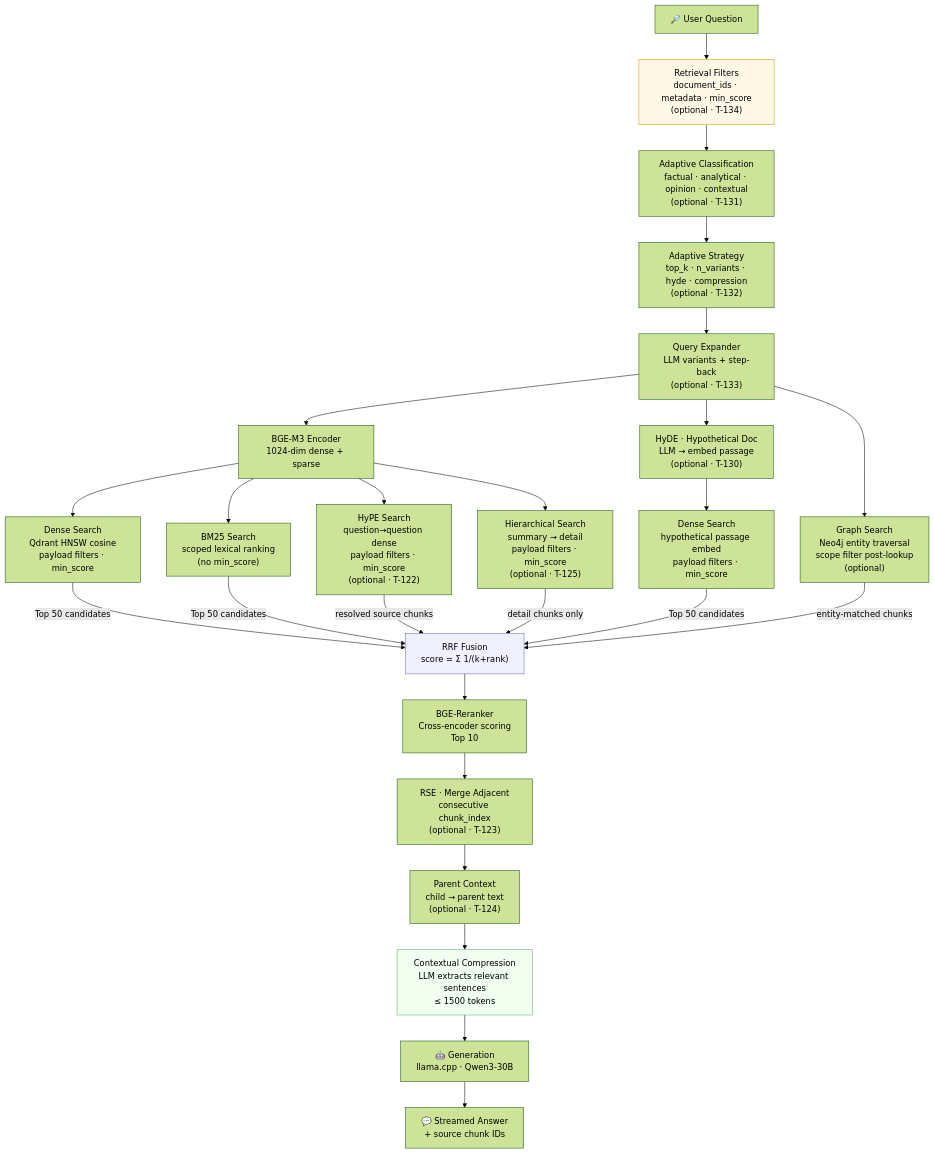
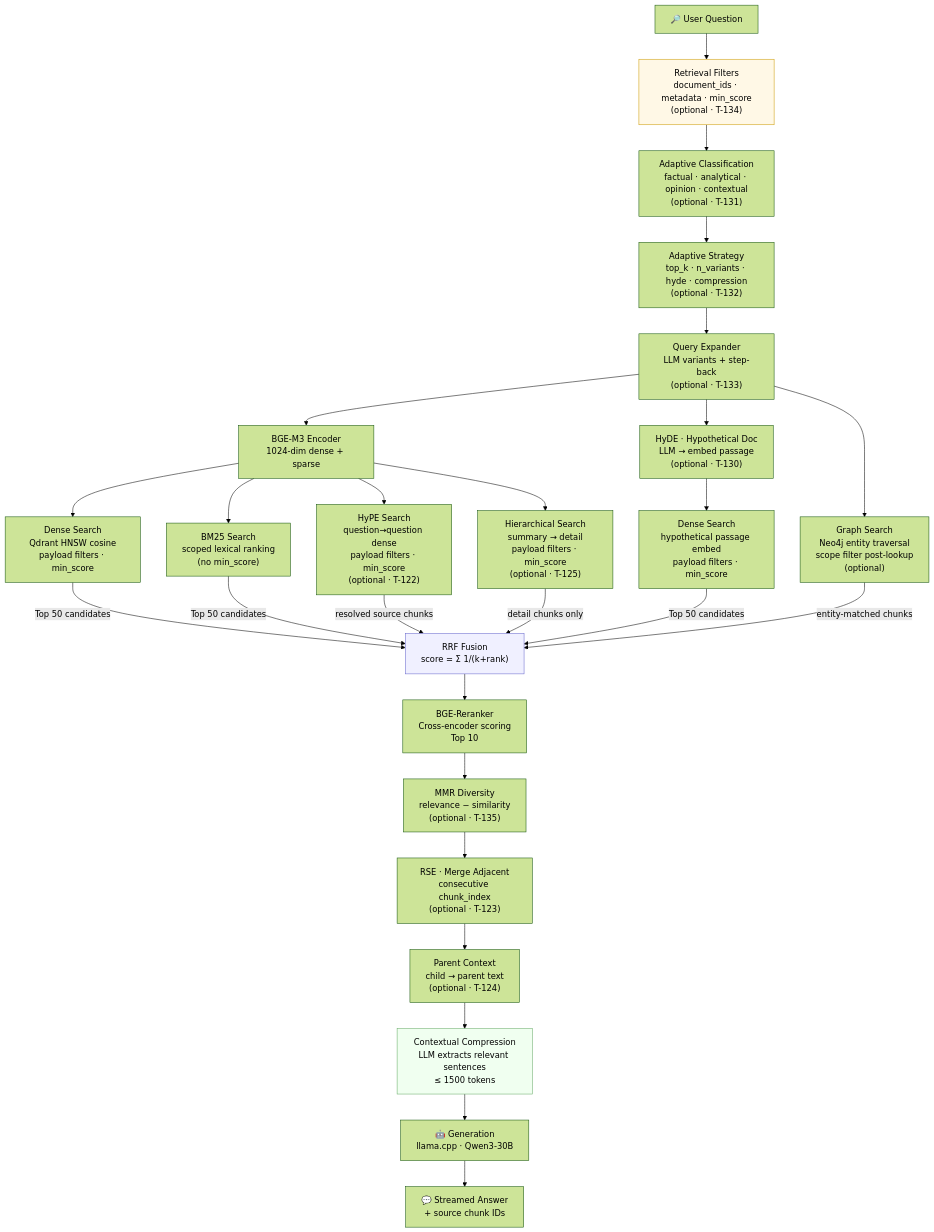
One commit to ealbertoav/rag_platform changed the seventh of 10 diagrams in README.md. Above: the diagram before and after it, drawn with Mermaid (forest theme). The commit also changed other lines of this file and 12 other files, not shown here.

First line of the commit message:
feat: add MMR diversity retrieval for enhanced chunk re-ranking

````diff
--- a/README.md
+++ b/README.md
@@ -1276,34 +1286,35 @@
 ```mermaid
 flowchart TD
     Q["🔎 User Question"] --> FILT["Retrieval Filters<br/>document_ids · metadata · min_score<br/>(optional · T-134)"]
     FILT --> ADAPT["Adaptive Classification<br/>factual · analytical · opinion · contextual<br/>(optional · T-131)"]
     ADAPT --> STRAT["Adaptive Strategy<br/>top_k · n_variants · hyde · compression<br/>(optional · T-132)"]
     STRAT --> QE["Query Expander<br/>LLM variants + step-back<br/>(optional · T-133)"]
     QE --> EMB["BGE-M3 Encoder<br/>1024-dim dense + sparse"]
     QE --> HYDE["HyDE · Hypothetical Doc<br/>LLM → embed passage<br/>(optional · T-130)"]
 
     EMB --> DS["Dense Search<br/>Qdrant HNSW cosine<br/>payload filters · min_score"]
     HYDE --> DS2["Dense Search<br/>hypothetical passage embed<br/>payload filters · min_score"]
     EMB --> BS["BM25 Search<br/>scoped lexical ranking<br/>(no min_score)"]
     EMB --> HS["HyPE Search<br/>question→question dense<br/>payload filters · min_score<br/>(optional · T-122)"]
     EMB --> HRS["Hierarchical Search<br/>summary → detail<br/>payload filters · min_score<br/>(optional · T-125)"]
     QE --> GS["Graph Search<br/>Neo4j entity traversal<br/>scope filter post-lookup<br/>(optional)"]
 
     DS -->|Top 50 candidates| RRF["RRF Fusion<br/>score = Σ 1/(k+rank)"]
     DS2 -->|Top 50 candidates| RRF
     BS -->|Top 50 candidates| RRF
     HS -->|resolved source chunks| RRF
     HRS -->|detail chunks only| RRF
     GS -->|entity-matched chunks| RRF
 
     RRF --> RR["BGE-Reranker<br/>Cross-encoder scoring<br/>Top 10"]
-    RR --> RSE["RSE · Merge Adjacent<br/>consecutive chunk_index<br/>(optional · T-123)"]
+    RR --> MMR["MMR Diversity<br/>relevance − similarity<br/>(optional · T-135)"]
+    MMR --> RSE["RSE · Merge Adjacent<br/>consecutive chunk_index<br/>(optional · T-123)"]
     RSE --> PC["Parent Context<br/>child → parent text<br/>(optional · T-124)"]
     PC --> CTX["Contextual Compression<br/>LLM extracts relevant sentences<br/>≤ 1500 tokens"]
     CTX --> GEN["🤖 Generation<br/>llama.cpp · Qwen3-30B"]
     GEN --> ANS["💬 Streamed Answer<br/>+ source chunk IDs"]
 
     style FILT fill:#fff8e6,stroke:#cc9900
     style RRF fill:#f0f0ff,stroke:#6666cc
     style CTX fill:#f0fff0,stroke:#66aa66
 ```
````
